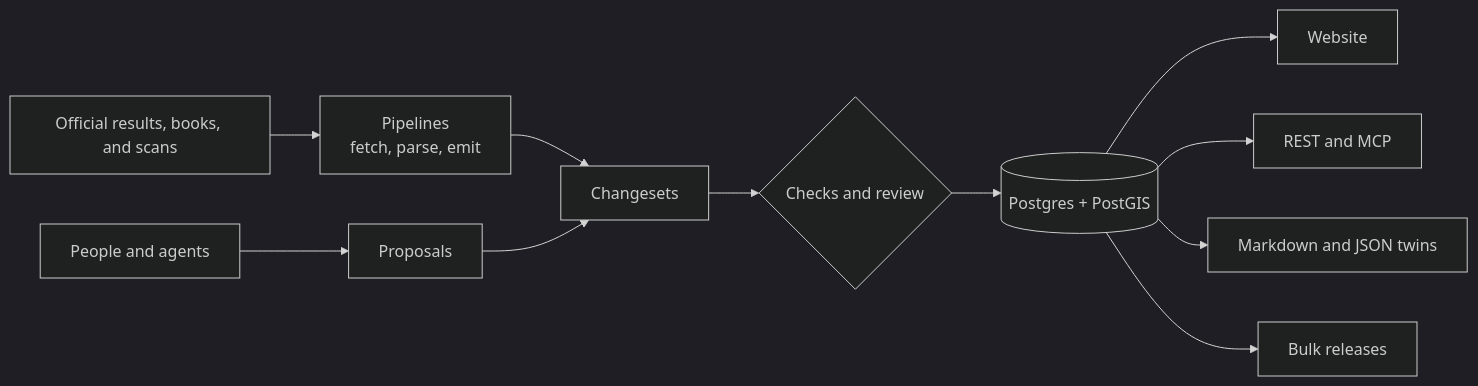
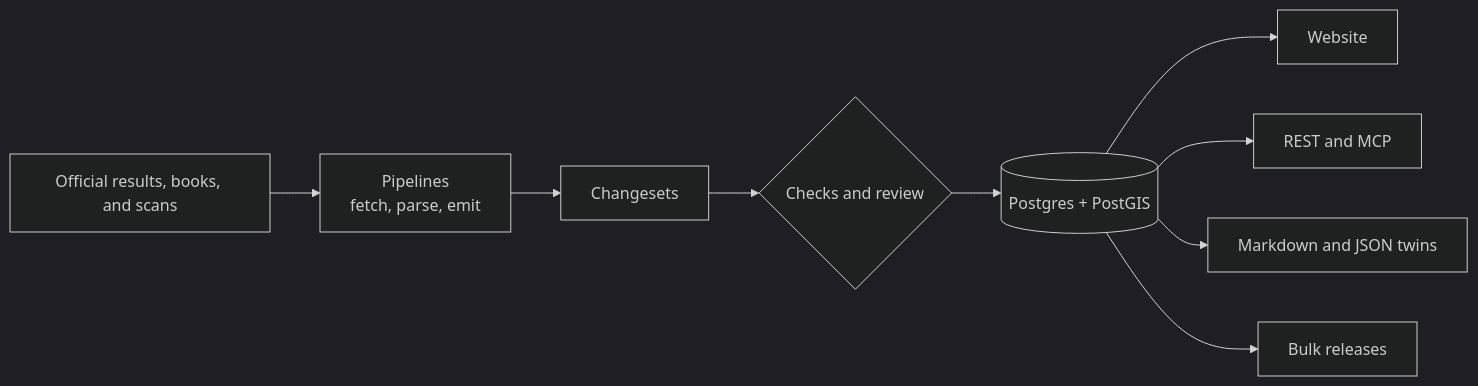
The diagram in README.md (electarchive/electionsarchive), drawn with Mermaid (dark theme) before and after one commit. The commit also changed other lines of this file and 226 other files, not shown here.

````diff
--- a/README.md
+++ b/README.md
@@ -101,13 +101,11 @@
 ```mermaid
 flowchart LR
   S["Official results, books, and scans"] --> P["Pipelines<br>fetch, parse, emit"]
-  U["People and agents"] --> X["Proposals"]
   P --> C["Changesets"]
-  X --> C
   C --> A{"Checks and review"}
   A --> D[("Postgres + PostGIS")]
   D --> W["Website"]
   D --> R["REST and MCP"]
   D --> T["Markdown and JSON twins"]
   D --> B["Bulk releases"]
 ```
````
